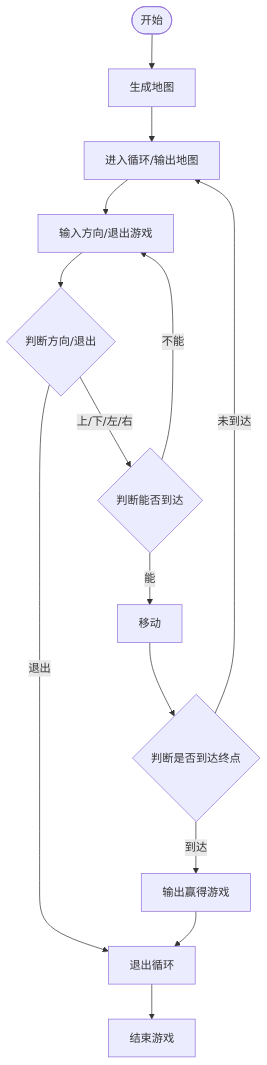
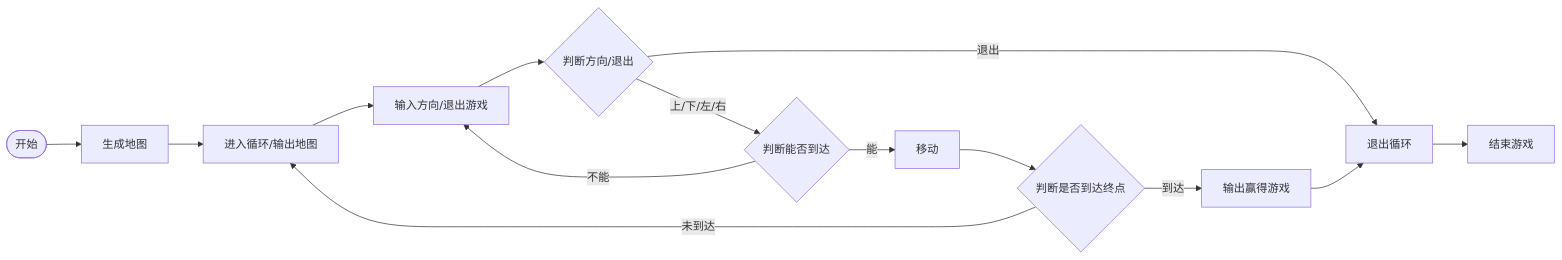
One commit to Limit-Wuquderen/C-Cpp-2026-UESTC changed the diagram in C语言C++学习笔记.md. Above: the diagram before and after it, drawn with Mermaid.

Commit message:
9.20 23：21  提交学习笔记

````diff
--- a/C语言C++学习笔记.md
+++ b/C语言C++学习笔记.md
@@ -83,16 +83,16 @@
 ```mermaid
-flowchart TD
+flowchart LR
     A([开始]) --> B[生成地图]
     B --> C[进入循环/输出地图]
     C --> D[输入方向/退出游戏]
     D --> E{判断方向/退出}
     E -->|上/下/左/右| F{判断能否到达}
     E -->|退出| G[退出循环]
     G --> H[结束游戏]
     F -->|能| I[移动]
     F -->|不能| D
     I --> J{判断是否到达终点}
     J -->|到达| K[输出赢得游戏]
     K --> G
     J -->|未到达| C
 ```
````
